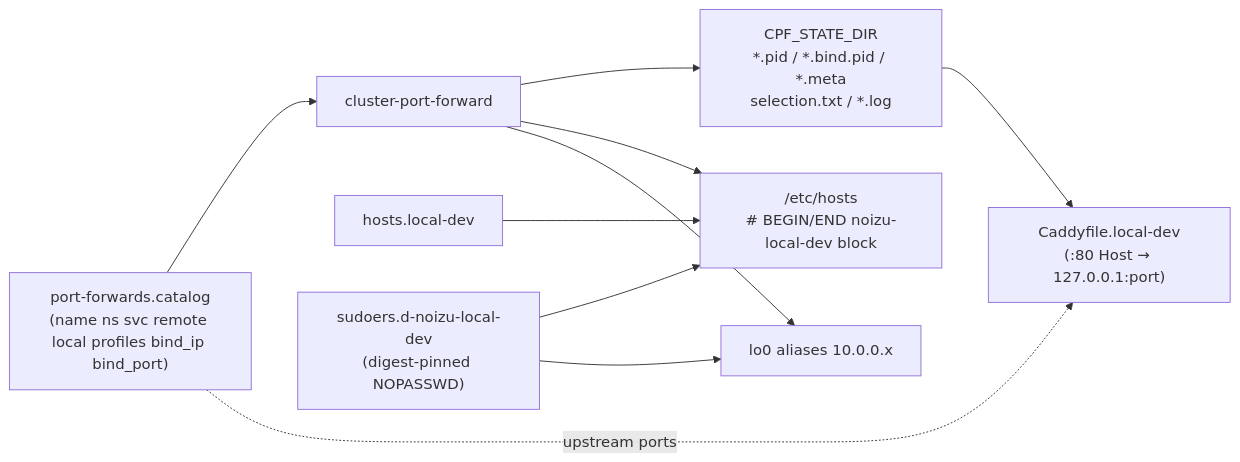
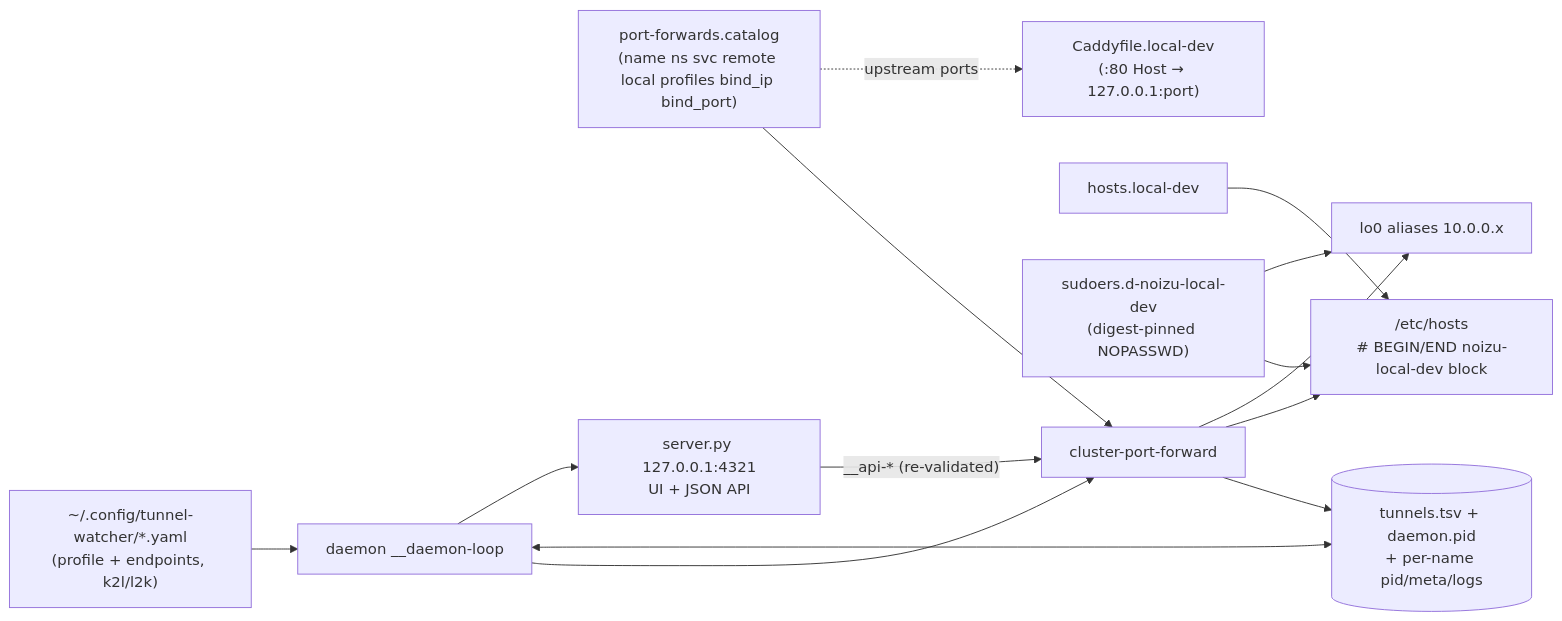
The first of 2 diagrams in docs/PROJ-SCHEMA.md (the-robot-lives/port-forward-tools), drawn with Mermaid before and after one commit. The commit also changed other lines of this file and 8 other files, not shown here.

Commit message:
docs: doc-sweep 2026-10-26 (layout/arch/schema/threat-model)

````diff
--- a/docs/PROJ-SCHEMA.md
+++ b/docs/PROJ-SCHEMA.md
@@ -17,21 +18,28 @@
 ```mermaid
 flowchart LR
     CAT["port-forwards.catalog<br/>(name ns svc remote local profiles bind_ip bind_port)"]
+    PROF["~/.config/tunnel-watcher/*.yaml<br/>(profile + endpoints, k2l/l2k)"]
     BIN["cluster-port-forward"]
-    ST["CPF_STATE_DIR<br/>*.pid / *.bind.pid / *.meta<br/>selection.txt / *.log"]
+    DAEMON["daemon __daemon-loop"]
+    TSV[("tunnels.tsv + daemon.pid<br/>+ per-name pid/meta/logs")]
     HOSTS["/etc/hosts<br/># BEGIN/END noizu-local-dev block"]
     HOSTSSRC["hosts.local-dev"]
     LO0["lo0 aliases 10.0.0.x"]
     SUDO["sudoers.d-noizu-local-dev<br/>(digest-pinned NOPASSWD)"]
     CADDY["Caddyfile.local-dev<br/>(:80 Host → 127.0.0.1:port)"]
+    WEB["server.py 127.0.0.1:4321<br/>UI + JSON API"]
 
     CAT --> BIN
+    PROF --> DAEMON
+    DAEMON --> BIN
+    DAEMON <--> TSV
+    DAEMON --> WEB
+    WEB -->|"__api-* (re-validated)"| BIN
     HOSTSSRC --> HOSTS
     SUDO --> HOSTS
     SUDO --> LO0
-    BIN --> ST
+    BIN --> TSV
     BIN --> HOSTS
     BIN --> LO0
-    ST --> CADDY
     CAT -. "upstream ports" .-> CADDY
 ```
````
